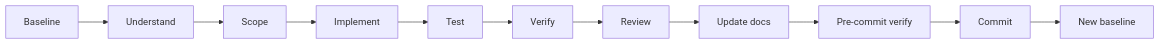
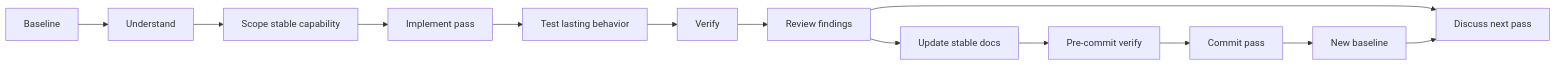
The diagram in docs/project/workflow.md (fa-ribeiro/vLab2D), drawn with Mermaid before and after one commit. The commit also changed other lines of this file, not shown here.

````diff
--- a/docs/project/workflow.md
+++ b/docs/project/workflow.md
@@ -353,13 +400,15 @@
 ```mermaid
 flowchart LR
     B[Baseline] --> U[Understand]
-    U --> S[Scope]
-    S --> I[Implement]
-    I --> T[Test]
+    U --> S[Scope stable capability]
+    S --> I[Implement pass]
+    I --> T[Test lasting behavior]
     T --> V[Verify]
-    V --> R[Review]
-    R --> D[Update docs]
+    V --> R[Review findings]
+    R --> N[Discuss next pass]
+    R --> D[Update stable docs]
     D --> P[Pre-commit verify]
-    P --> C[Commit]
+    P --> C[Commit pass]
     C --> NB[New baseline]
+    NB --> N
 ```
````
